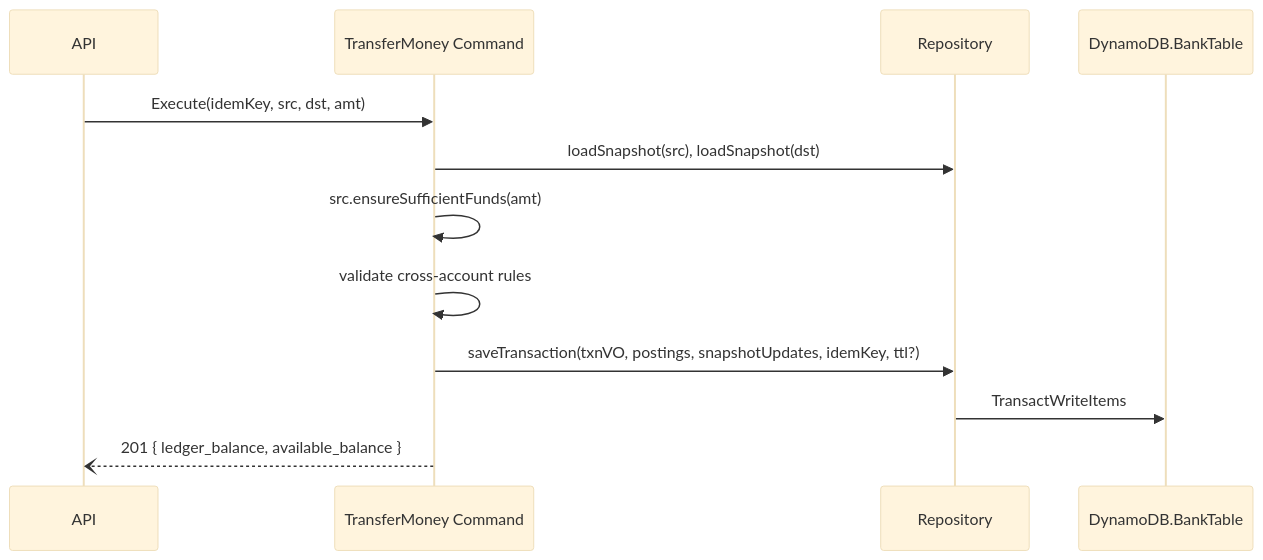
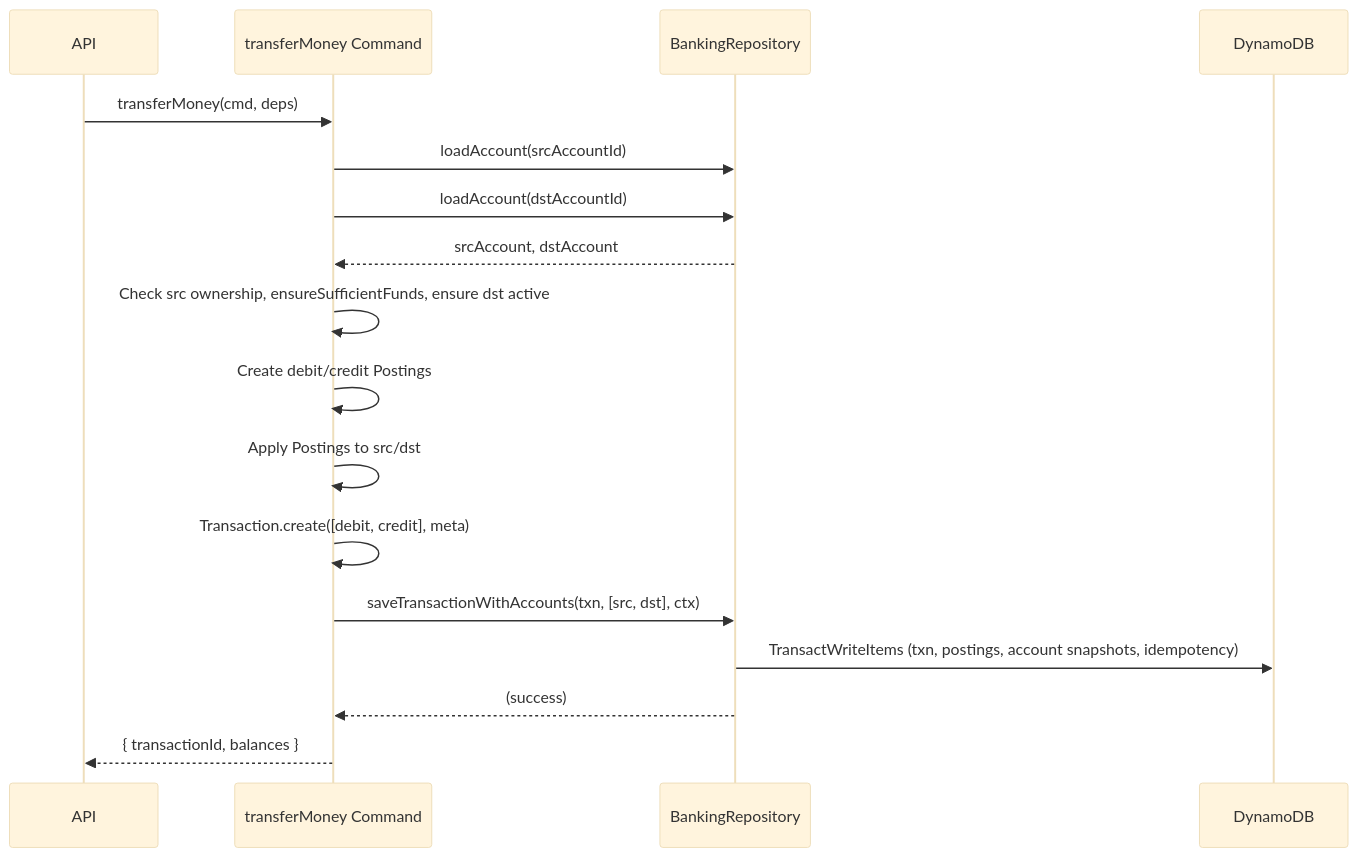
Before and after one commit to bluecontract/demo-bank-app: the diagram in docs/design/004-core-banking-design.md, drawn with Mermaid (base theme). The commit also changed other lines of this file and 2 other files, not shown here.

Commit message:
docs(banking): update core banking design

````diff
--- a/docs/design/004-core-banking-design.md
+++ b/docs/design/004-core-banking-design.md
@@ -45,15 +48,20 @@
 ```mermaid
 sequenceDiagram
     participant API
-    participant CMD as TransferMoney Command
-    participant REP as Repository
-    participant DB as DynamoDB.BankTable
+    participant CMD as transferMoney Command
+    participant REPO as BankingRepository
+    participant DB as DynamoDB
 
-    API->>CMD: Execute(idemKey, src, dst, amt)
-    CMD->>REP: loadSnapshot(src), loadSnapshot(dst)
-    CMD->>CMD: src.ensureSufficientFunds(amt)
-    CMD->>CMD: validate cross-account rules
-    CMD->>REP: saveTransaction(txnVO, postings, snapshotUpdates, idemKey, ttl?)
-    REP->>DB: TransactWriteItems
-    CMD--)API: 201 { ledger_balance, available_balance }
+    API->>CMD: transferMoney(cmd, deps)
+    CMD->>REPO: loadAccount(srcAccountId)
+    CMD->>REPO: loadAccount(dstAccountId)
+    REPO-->>CMD: srcAccount, dstAccount
+    CMD->>CMD: Check src ownership, ensureSufficientFunds, ensure dst active
+    CMD->>CMD: Create debit/credit Postings
+    CMD->>CMD: Apply Postings to src/dst
+    CMD->>CMD: Transaction.create([debit, credit], meta)
+    CMD->>REPO: saveTransactionWithAccounts(txn, [src, dst], ctx)
+    REPO->>DB: TransactWriteItems (txn, postings, account snapshots, idempotency)
+    REPO-->>CMD: (success)
+    CMD-->>API: { transactionId, balances }
 ```
````
